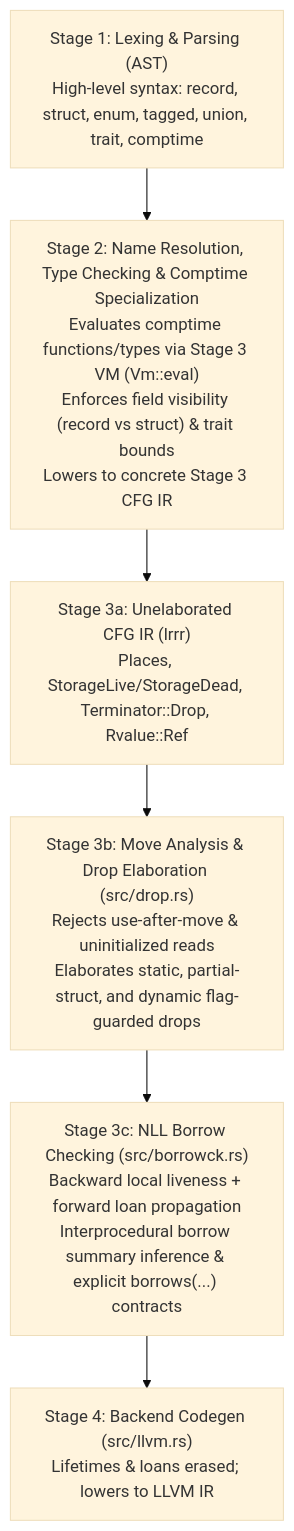
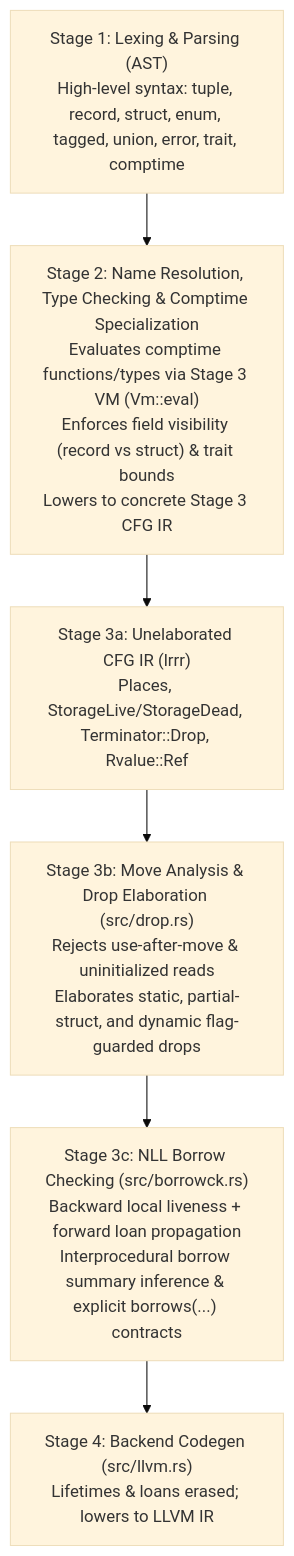
One commit to adam-frisby/SlopLang changed the diagram in DESIGN.md. Above: the diagram before and after it, drawn with Mermaid (base theme). The commit also changed other lines of this file, not shown here.

````diff
--- a/DESIGN.md
+++ b/DESIGN.md
@@ -13,9 +13,9 @@
 ```mermaid
 flowchart TD
-    S1["Stage 1: Lexing & Parsing (AST)<br/>High-level syntax: record, struct, enum, tagged, union, trait, comptime"] --> S2
+    S1["Stage 1: Lexing & Parsing (AST)<br/>High-level syntax: tuple, record, struct, enum, tagged, union, error, trait, comptime"] --> S2
     S2["Stage 2: Name Resolution, Type Checking & Comptime Specialization<br/>Evaluates comptime functions/types via Stage 3 VM (Vm::eval)<br/>Enforces field visibility (record vs struct) & trait bounds<br/>Lowers to concrete Stage 3 CFG IR"] --> S3A
     S3A["Stage 3a: Unelaborated CFG IR (lrrr)<br/>Places, StorageLive/StorageDead, Terminator::Drop, Rvalue::Ref"] --> S3B
     S3B["Stage 3b: Move Analysis & Drop Elaboration (src/drop.rs)<br/>Rejects use-after-move & uninitialized reads<br/>Elaborates static, partial-struct, and dynamic flag-guarded drops"] --> S3C
     S3C["Stage 3c: NLL Borrow Checking (src/borrowck.rs)<br/>Backward local liveness + forward loan propagation<br/>Interprocedural borrow summary inference & explicit borrows(...) contracts"] --> S4
     S4["Stage 4: Backend Codegen (src/llvm.rs)<br/>Lifetimes & loans erased; lowers to LLVM IR"]
 ```
````
